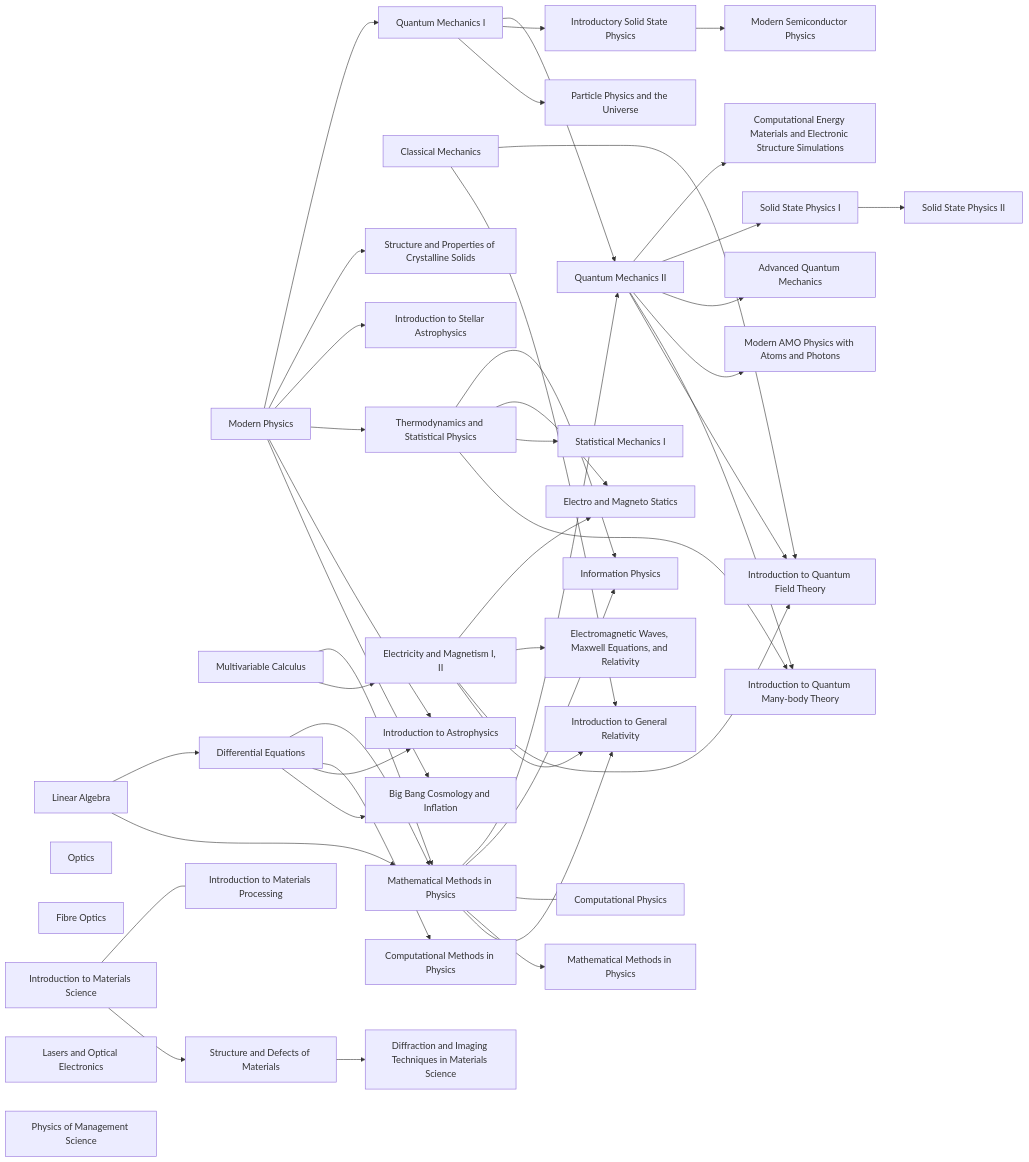
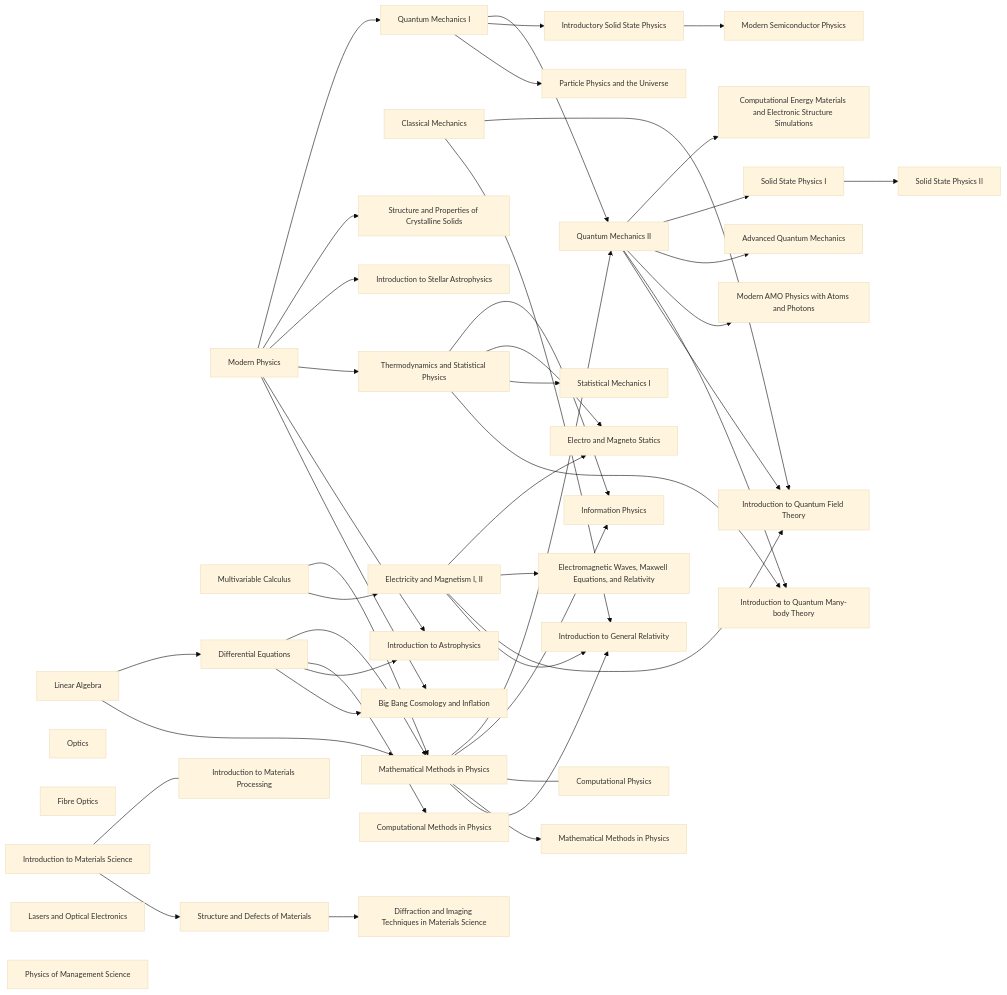
Before and after one commit to q-inho/q-inho.github.io: the second of 2 diagrams in _posts/Physics/Mathematical Physics/2022-01-25-First-post-in-Mathematical-Physics.md, drawn with Mermaid.

Commit message:
try font size

```diff
--- a/_posts/Physics/Mathematical Physics/2022-01-25-First-post-in-Mathematical-Physics.md
+++ b/_posts/Physics/Mathematical Physics/2022-01-25-First-post-in-Mathematical-Physics.md
@@ -28,43 +28,44 @@
 <div class="mermaid"> 
+%%{init: {'theme': 'base', 'themeVariables': { 'fontSize': '13px', 'fontFamily': 'Inter'}}}%%
       graph LR
         PHYS2022[Modern Physics]
         MATH2023[Multivariable Calculus]
         MATH2121[Linear Algebra] --> MATH2352[Differential Equations]
         MATH2023 & MATH2121 & MATH2352 --> PHYS3031[Mathematical Methods in Physics]
         PHYS3032[Classical Mechanics]
         MATH2023 --> PHYS3033[Electricity and Magnetism I, II]
         PHYS2022 --> PHYS3036[Quantum Mechanics I]
         PHYS3038[Optics]
         PHYS3039[Fibre Optics]
         PHYS3040[Introduction to Materials Science] --- PHYS3041[Introduction to Materials Processing]
         PHYS2022 --> PHYS3042[Structure and Properties of Crystalline Solids]
         PHYS2022 --> PHYS3071[Introduction to Stellar Astrophysics]
         MATH2352 --> PHYS3142[Computational Methods in Physics]
         PHYS2022 --> PHYS4050[Thermodynamics and Statistical Physics]
         PHYS3031 & PHYS3036 --> PHYS4051[Quantum Mechanics II]
         PHYS3036 --> PHYS4052[Introductory Solid State Physics]
         PHYS4053[Lasers and Optical Electronics]
         PHYS2022 & MATH2352 --> PHYS4054[Introduction to Astrophysics]
         PHYS3036 --> PHYS4055[Particle Physics and the Universe]
         PHYS3040 --> PHYS4057[Structure and Defects of Materials]
         PHYS3031 & PHYS4050 --> PHYS4058[Information Physics]
         PHYS4059[Physics of Management Science]
         PHYS3031 --- PHYS4060[Computational Physics]
         PHYS2022 & MATH2352 --> PHYS4071[Big Bang Cosmology and Inflation]
         PHYS3031 --> PHYS5110[Mathematical Methods in Physics]
         PHYS4051 --> PHYS5120[Computational Energy Materials and Electronic Structure Simulations]
         PHYS4051 --> PHYS5170[Solid State Physics I]
         PHYS3033 & PHYS4050 --> PHYS5200[Electro and Magneto Statics]
         PHYS3033 --> PHYS5210[Electromagnetic Waves, Maxwell Equations, and Relativity]
         PHYS4051 --> PHYS5260[Advanced Quantum Mechanics]
         PHYS4051 --> PHYS5280[Modern AMO Physics with Atoms and Photons]
         PHYS4050 --> PHYS5310[Statistical Mechanics I]
         PHYS4050 & PHYS4051 --> PHYS5340[Introduction to Quantum Many-body Theory]
         PHYS5170 --> PHYS5370[Solid State Physics II]
         PHYS3032 & PHYS3033 & PHYS4051 --> PHYS5520[Introduction to Quantum Field Theory]
         PHYS3032 & PHYS3033 & PHYS3031 --> PHYS5530[Introduction to General Relativity]
         PHYS4052 --> PHYS5810[Modern Semiconductor Physics]
         PHYS4057 --> PHYS5820[Diffraction and Imaging Techniques in Materials Science]
 
 
 </div>
```
